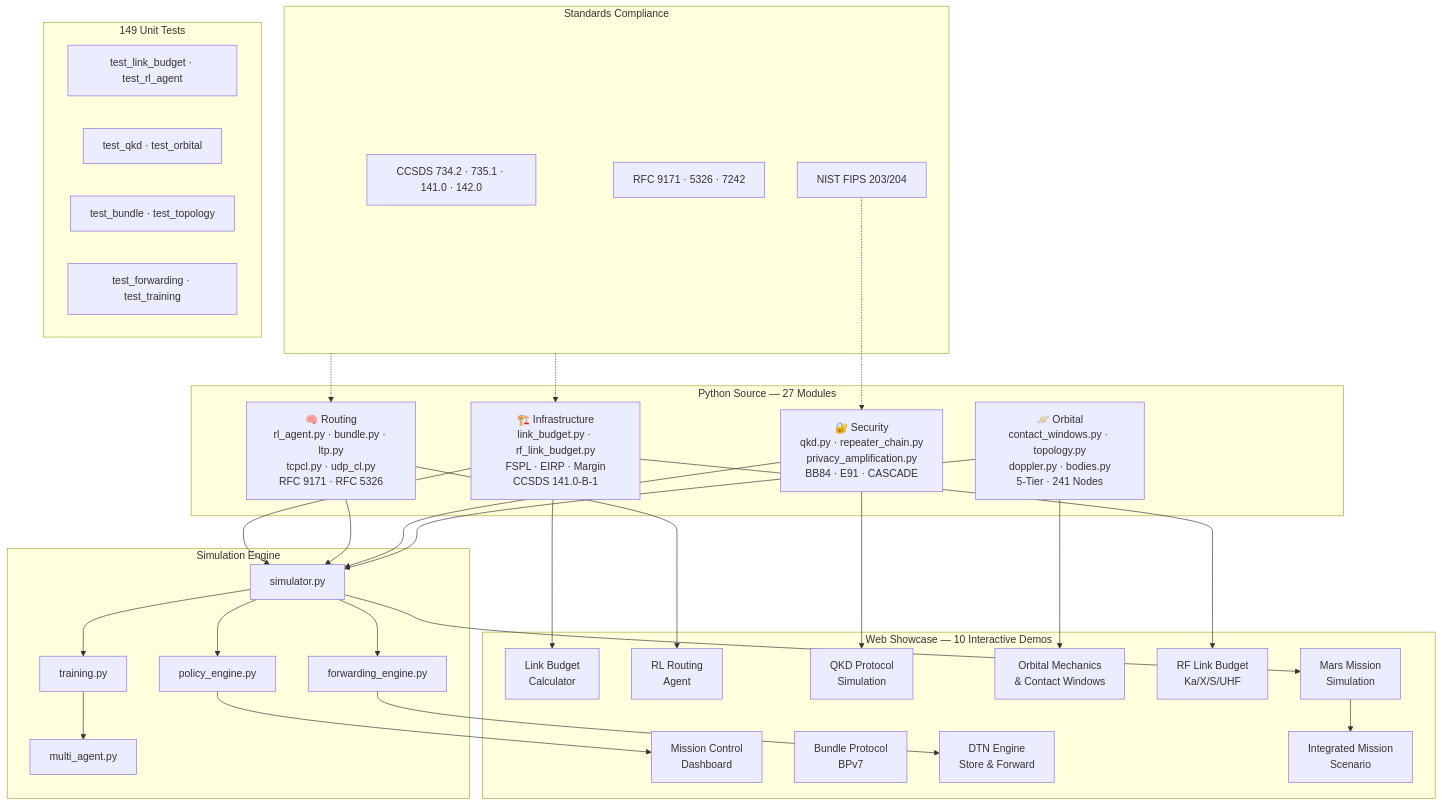
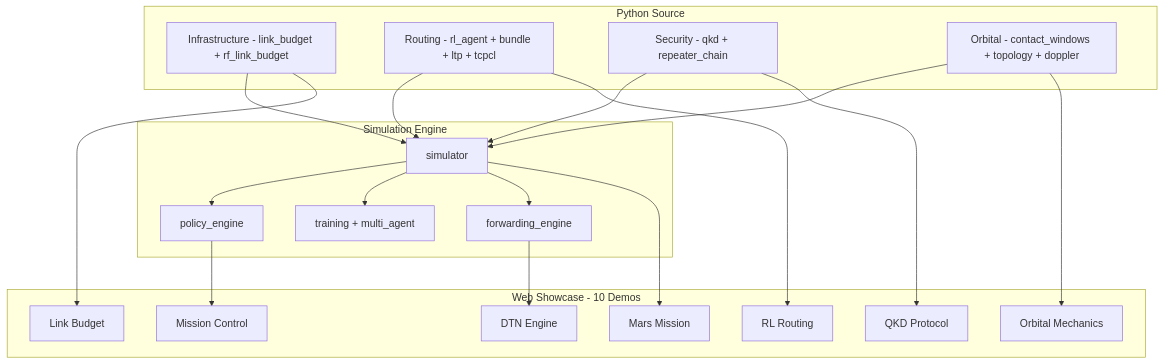
One commit to matx104/AETHERIX changed the diagram in docs/diagrams/system_architecture.mmd. Above: the diagram before and after it, drawn with Mermaid. The commit also changed 6 other files, not shown here.

Commit message:
fix: clean mermaid diagram syntax — remove escaped quotes and special chars

```diff
--- a/docs/diagrams/system_architecture.mmd
+++ b/docs/diagrams/system_architecture.mmd
@@ -1,65 +1,36 @@
 graph TB
-    subgraph SRC["Python Source — 27 Modules"]
-        INFRA["🏗️ Infrastructure<br/>link_budget.py · rf_link_budget.py<br/>FSPL · EIRP · Margin<br/>CCSDS 141.0-B-1"]
-        ROUTE["🧠 Routing<br/>rl_agent.py · bundle.py · ltp.py<br/>tcpcl.py · udp_cl.py<br/>RFC 9171 · RFC 5326"]
-        SEC["🔐 Security<br/>qkd.py · repeater_chain.py<br/>privacy_amplification.py<br/>BB84 · E91 · CASCADE"]
-        ORBIT["🪐 Orbital<br/>contact_windows.py · topology.py<br/>doppler.py · bodies.py<br/>5-Tier · 241 Nodes"]
-    end
-
-    subgraph ENGINE["Simulation Engine"]
-        SIM["simulator.py"]
-        POLICY["policy_engine.py"]
-        TRAIN["training.py"]
-        MULTI["multi_agent.py"]
-        FWD["forwarding_engine.py"]
-    end
-
-    subgraph SHOWCASE["Web Showcase — 10 Interactive Demos"]
-        DASH["Mission Control<br/>Dashboard"]
-        LB["Link Budget<br/>Calculator"]
-        RL["RL Routing<br/>Agent"]
-        QKD["QKD Protocol<br/>Simulation"]
-        ORB["Orbital Mechanics<br/>& Contact Windows"]
-        BUN["Bundle Protocol<br/>BPv7"]
-        DTN["DTN Engine<br/>Store & Forward"]
-        RFB["RF Link Budget<br/>Ka/X/S/UHF"]
-        MISS["Mars Mission<br/>Simulation"]
-        IMS["Integrated Mission<br/>Scenario"]
-    end
-
-    subgraph STD["Standards Compliance"]
-        CCSDS["CCSDS 734.2 · 735.1 · 141.0 · 142.0"]
-        RFC["RFC 9171 · 5326 · 7242"]
-        NIST["NIST FIPS 203/204"]
-    end
-
-    subgraph TEST["149 Unit Tests"]
-        T1["test_link_budget · test_rl_agent"]
-        T2["test_qkd · test_orbital"]
-        T3["test_bundle · test_topology"]
-        T4["test_forwarding · test_training"]
-    end
-
-    INFRA --> SIM
-    ROUTE --> SIM
-    SEC --> SIM
-    ORBIT --> SIM
-
-    SIM --> POLICY
-    SIM --> TRAIN
-    TRAIN --> MULTI
-    SIM --> FWD
-
-    POLICY --> DASH
-    FWD --> DTN
-    ROUTE --> RL
-    SEC --> QKD
-    ORBIT --> ORB
-    INFRA --> LB
-    INFRA --> RFB
-    SIM --> MISS
-    MISS --> IMS
-
-    STD -.-> INFRA
-    STD -.-> ROUTE
-    NIST -.-> SEC
+  subgraph SRC[Python Source]
+    INFRA[Infrastructure - link_budget + rf_link_budget]
+    ROUTE[Routing - rl_agent + bundle + ltp + tcpcl]
+    SEC[Security - qkd + repeater_chain]
+    ORBIT[Orbital - contact_windows + topology + doppler]
+  end
+  subgraph ENGINE[Simulation Engine]
+    SIM[simulator]
+    POLICY[policy_engine]
+    TRAIN[training + multi_agent]
+    FWD[forwarding_engine]
+  end
+  subgraph WEB[Web Showcase - 10 Demos]
+    DASH[Mission Control]
+    LB[Link Budget]
+    RL[RL Routing]
+    QKD[QKD Protocol]
+    ORB[Orbital Mechanics]
+    DTN[DTN Engine]
+    MISS[Mars Mission]
+  end
+  INFRA --> SIM
+  ROUTE --> SIM
+  SEC --> SIM
+  ORBIT --> SIM
+  SIM --> POLICY
+  SIM --> TRAIN
+  SIM --> FWD
+  POLICY --> DASH
+  FWD --> DTN
+  ROUTE --> RL
+  SEC --> QKD
+  ORBIT --> ORB
+  INFRA --> LB
+  SIM --> MISS
```
